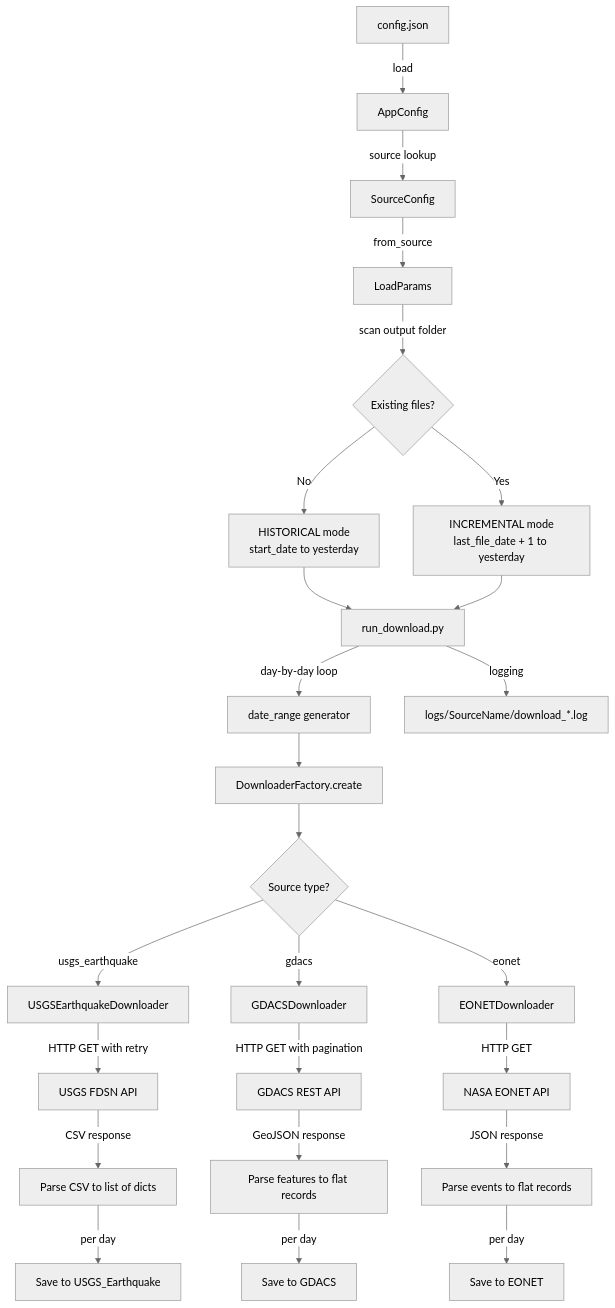
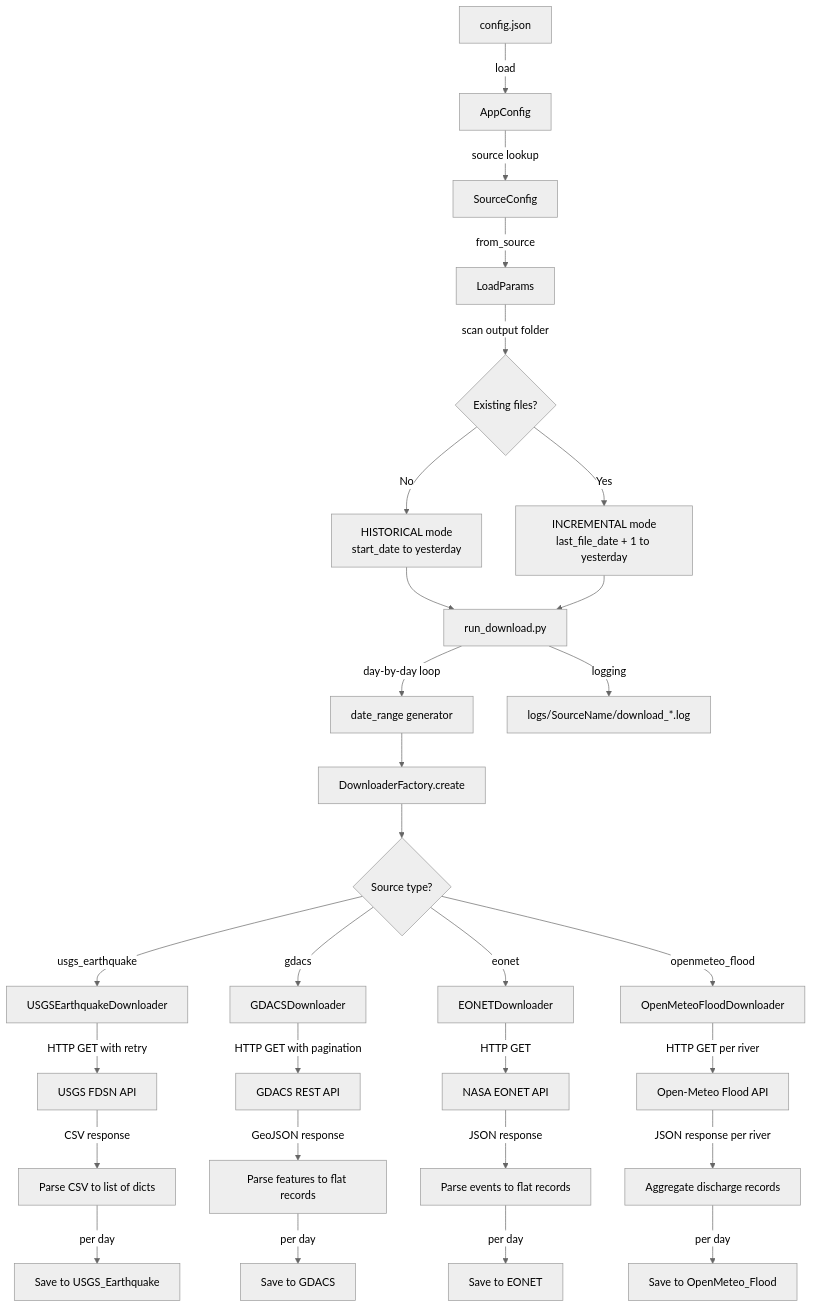
Before and after one commit to kaluzny1995/GEO_Download: the diagram in README.md, drawn with Mermaid (neutral theme). The commit also changed other lines of this file and 7 other files, not shown here.

Commit message:
New datasource OpenMeteo_Flood

````diff
--- a/README.md
+++ b/README.md
@@ -254,27 +283,31 @@
 ```mermaid
 flowchart TD
     A[config.json] -->|load| B[AppConfig]
     B -->|source lookup| C[SourceConfig]
     C -->|from_source| D[LoadParams]
     D -->|scan output folder| E{Existing files?}
     E -->|No| F[HISTORICAL mode<br/>start_date to yesterday]
     E -->|Yes| G[INCREMENTAL mode<br/>last_file_date + 1 to yesterday]
     F --> H[run_download.py]
     G --> H
     H -->|day-by-day loop| I[date_range generator]
     I --> J[DownloaderFactory.create]
     J --> K{Source type?}
     K -->|usgs_earthquake| L[USGSEarthquakeDownloader]
     K -->|gdacs| M[GDACSDownloader]
     K -->|eonet| N[EONETDownloader]
-    L -->|HTTP GET with retry| O[USGS FDSN API]
-    M -->|HTTP GET with pagination| P[GDACS REST API]
-    N -->|HTTP GET| Q[NASA EONET API]
-    O -->|CSV response| R[Parse CSV to list of dicts]
-    P -->|GeoJSON response| S[Parse features to flat records]
-    Q -->|JSON response| T[Parse events to flat records]
-    R -->|per day| U[Save to USGS_Earthquake]
-    S -->|per day| V[Save to GDACS]
-    T -->|per day| W[Save to EONET]
-    H -->|logging| X[logs/SourceName/download_*.log]
+    K -->|openmeteo_flood| O[OpenMeteoFloodDownloader]
+    L -->|HTTP GET with retry| P[USGS FDSN API]
+    M -->|HTTP GET with pagination| Q[GDACS REST API]
+    N -->|HTTP GET| R[NASA EONET API]
+    O -->|HTTP GET per river| S[Open-Meteo Flood API]
+    P -->|CSV response| T[Parse CSV to list of dicts]
+    Q -->|GeoJSON response| U[Parse features to flat records]
+    R -->|JSON response| V[Parse events to flat records]
+    S -->|JSON response per river| W[Aggregate discharge records]
+    T -->|per day| X[Save to USGS_Earthquake]
+    U -->|per day| Y[Save to GDACS]
+    V -->|per day| Z[Save to EONET]
+    W -->|per day| AA[Save to OpenMeteo_Flood]
+    H -->|logging| AB[logs/SourceName/download_*.log]
 ```
````
